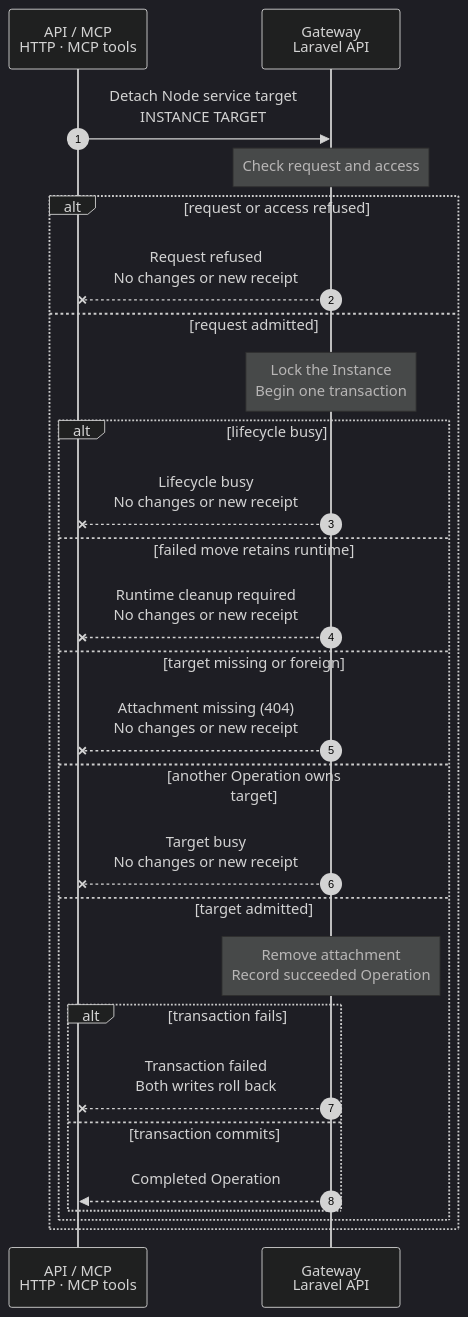
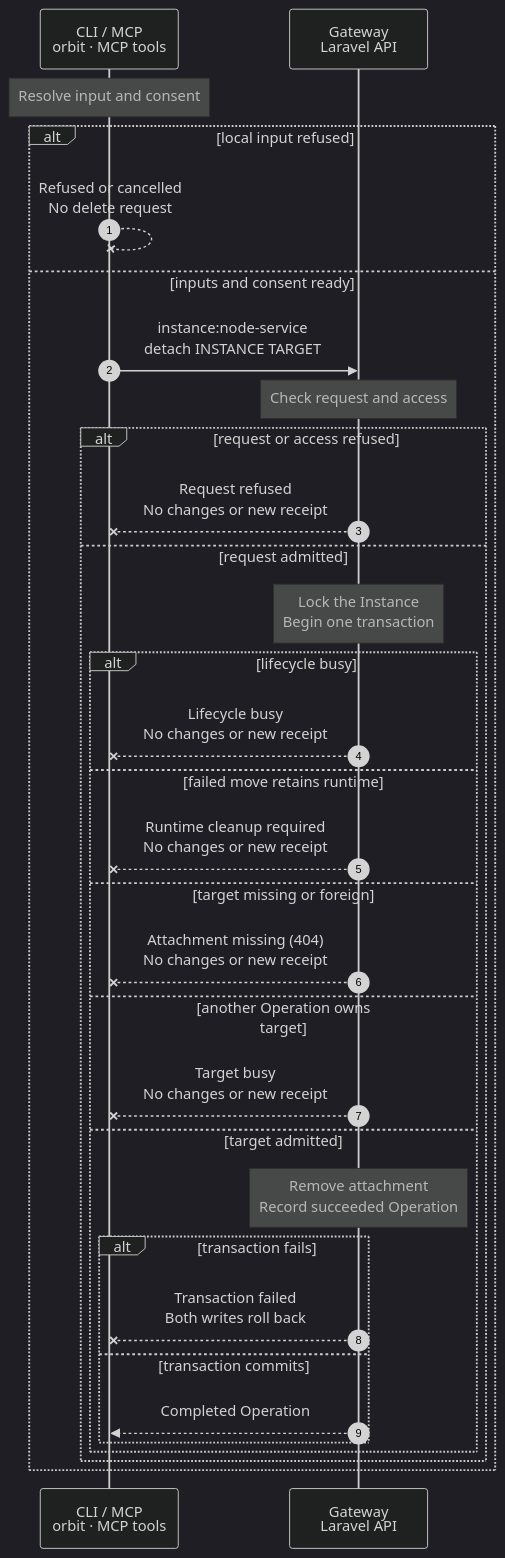
One commit to hardimpactdev/orbit changed the diagram in docs/cli/instance/node-service-detach.mmd. Above: the diagram before and after it, drawn with Mermaid (dark theme). The commit also changed 21 other files, not shown here.

First line of the commit message:
Add CLI and SDK Node service attachment commands (#3416)

```diff
--- a/docs/cli/instance/node-service-detach.mmd
+++ b/docs/cli/instance/node-service-detach.mmd
@@ -1,50 +1,66 @@
 sequenceDiagram
   %% Record-only detach: the Gateway action and shared admission guards.
   %% status: draft
   %% command: instance:node-service:detach
   %% kind: instance.node_service_detach
   autonumber
   %% lane CALL icon=terminal pill=caller tone=gray
   %% lane GW icon=gateway pill=intent tone=blue
-  participant CALL as API / MCP<br/>HTTP · MCP tools
+  participant CALL as CLI / MCP<br/>orbit · MCP tools
   participant GW as Gateway<br/>Laravel API
-  CALL->>GW: Detach Node service target<br/>INSTANCE TARGET
-  Note over GW: Check request and access
-  %%> On failure:
-  %%> - peer.identity_unknown or node_access.required (403): the caller lacks authority.
-  %%> - http.404 (404): the Instance cannot be resolved.
-  %%> - validation.failed (422) or operation.idempotency_conflict (409): the request key is invalid or conflicts.
-  %%> - Every refusal leaves state unchanged and creates no new receipt.
-  alt request or access refused
-    GW--xCALL: Request refused<br/>No changes or new receipt
-  else request admitted
-    Note over GW: Lock the Instance<br/>Begin one transaction
-    alt lifecycle busy
-      GW--xCALL: Lifecycle busy<br/>No changes or new receipt
-      %%> On failure:
-      %%> - instance.lifecycle_busy (409): the Instance is not active, migration is running or a detach is already running.
-    else failed move retains runtime
-      GW--xCALL: Runtime cleanup required<br/>No changes or new receipt
-      %%> On failure:
-      %%> - instance.node_service_runtime_cleanup_required (409): retry instance:migrate to finish or restore the move before detaching.
-    else target missing or foreign
-      GW--xCALL: Attachment missing (404)<br/>No changes or new receipt
-      %%> On failure:
-      %%> - instance.node_service_target_missing: the attachment must belong to the selected Instance.
-    else another Operation owns target
-      GW--xCALL: Target busy<br/>No changes or new receipt
-      %%> On failure:
-      %%> - operation.target_busy (409): the Instance's Operation lock is held.
-    else target admitted
-      Note over GW: Remove attachment<br/>Record succeeded Operation
-      %%> When:
-      %%> - The Instance uses its checkout or has completed migration successfully.
-      alt transaction fails
-        GW--xCALL: Transaction failed<br/>Both writes roll back
+  Note over CALL: Resolve input and consent
+  %%> When:
+  %%> - An omitted Instance uses registry choices; an omitted attachment ID is typed from the attach result because no attachment list is available. Invalid typed IDs are prompted again before consent.
+  alt local input refused
+    CALL--xCALL: Refused or cancelled<br/>No delete request
+    %%> On failure:
+    %%> - instance.id_invalid refuses an invalid supplied or missing noninteractive Instance ID, or an empty Instance list after the registry GET; no mutation request is sent.
+    %%> - instance.node_service_target_id_invalid refuses an invalid supplied attachment ID or an omitted attachment ID in JSON or noninteractive mode. An omitted terminal attachment ID is prompted, with validation retries before consent.
+    %%> - instance.node_service_confirmation_required refuses a JSON or noninteractive call without --yes.
+    %%> - input.cancelled ends a cancelled terminal selection, attachment-ID prompt or declined consent before mutation.
+    %%> - State stays unchanged. Invalid supplied IDs, missing noninteractive IDs and missing noninteractive consent send no request. A terminal Instance selection can follow a registry read.
+  else inputs and consent ready
+    CALL->>GW: instance:node-service<br/>detach INSTANCE TARGET
+    %%> Command:
+    %%> - orbit instance:node-service:detach INSTANCE TARGET
+    %%> - syntax: instance:node-service:detach
+    Note over GW: Check request and access
+    %%> On failure:
+    %%> - peer.identity_unknown or node_access.required (403): the caller lacks authority.
+    %%> - http.404 (404): the Instance cannot be resolved.
+    %%> - validation.failed (422) or operation.idempotency_conflict (409): the request key is invalid or conflicts.
+    %%> - Every refusal leaves state unchanged and creates no new receipt.
+    alt request or access refused
+      GW--xCALL: Request refused<br/>No changes or new receipt
+    else request admitted
+      Note over GW: Lock the Instance<br/>Begin one transaction
+      alt lifecycle busy
+        GW--xCALL: Lifecycle busy<br/>No changes or new receipt
         %%> On failure:
-        %%> - The attachment remains and no new receipt is persisted, including no failed receipt.
-      else transaction commits
-        GW-->>CALL: Completed Operation
+        %%> - instance.lifecycle_busy (409): the Instance is not active, migration is running or a detach is already running.
+      else failed move retains runtime
+        GW--xCALL: Runtime cleanup required<br/>No changes or new receipt
+        %%> On failure:
+        %%> - instance.node_service_runtime_cleanup_required (409): retry instance:migrate to finish or restore the move before detaching.
+      else target missing or foreign
+        GW--xCALL: Attachment missing (404)<br/>No changes or new receipt
+        %%> On failure:
+        %%> - instance.node_service_target_missing: the attachment must belong to the selected Instance.
+      else another Operation owns target
+        GW--xCALL: Target busy<br/>No changes or new receipt
+        %%> On failure:
+        %%> - operation.target_busy (409): the Instance's Operation lock is held.
+      else target admitted
+        Note over GW: Remove attachment<br/>Record succeeded Operation
+        %%> When:
+        %%> - The Instance uses its checkout or has completed migration successfully.
+        alt transaction fails
+          GW--xCALL: Transaction failed<br/>Both writes roll back
+          %%> On failure:
+          %%> - The attachment remains and no new receipt is persisted, including no failed receipt.
+        else transaction commits
+          GW-->>CALL: Completed Operation
+        end
       end
     end
   end
```
